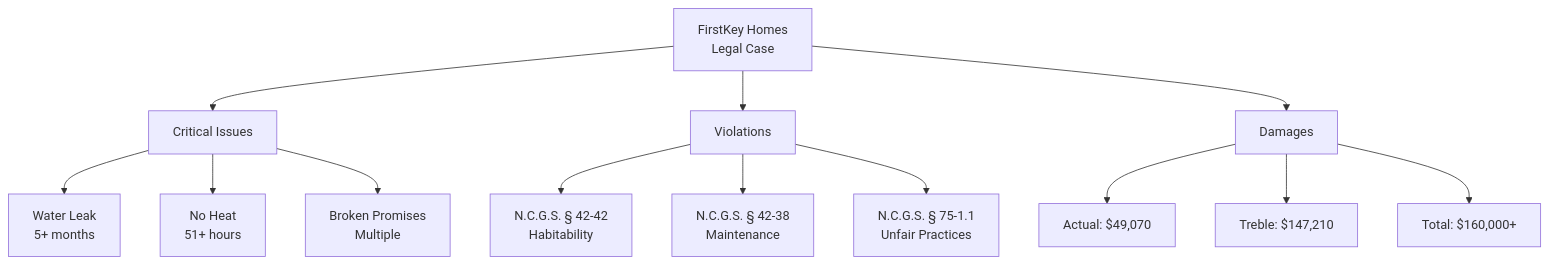
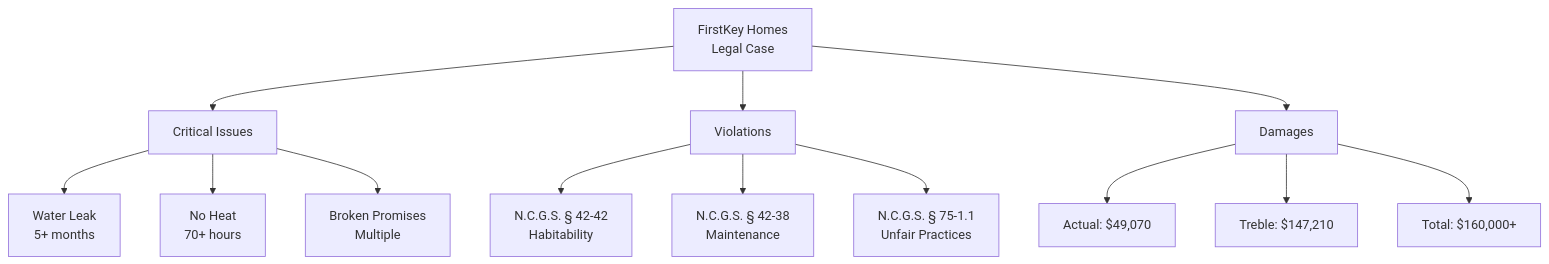
One commit to monty-src/first-key-homes changed the diagram in docs/intro.md. Above: the diagram before and after it, drawn with Mermaid. The commit also changed other lines of this file and 49 other files, not shown here.

````diff
--- a/docs/intro.md
+++ b/docs/intro.md
@@ -174,18 +174,18 @@
 ```mermaid
 graph TD
     A["FirstKey Homes<br/>Legal Case"] --> B["Critical Issues"]
     A --> C["Violations"]
     A --> D["Damages"]
 
     B --> B1["Water Leak<br/>5+ months"]
-    B --> B2["No Heat<br/>51+ hours"]
+    B --> B2["No Heat<br/>70+ hours"]
     B --> B3["Broken Promises<br/>Multiple"]
 
     C --> C1["N.C.G.S. § 42-42<br/>Habitability"]
     C --> C2["N.C.G.S. § 42-38<br/>Maintenance"]
     C --> C3["N.C.G.S. § 75-1.1<br/>Unfair Practices"]
 
     D --> D1["Actual: $49,070"]
     D --> D2["Treble: $147,210"]
     D --> D3["Total: $160,000+"]
 ```
````
